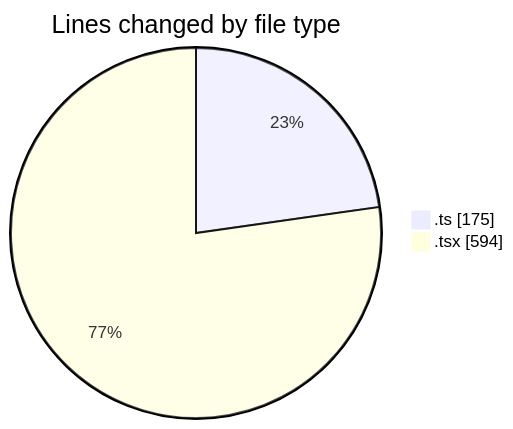
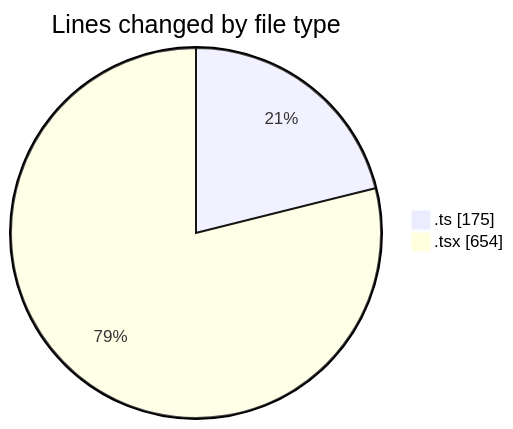
One commit to momahboobian/code-tracking changed the first of 2 diagrams in 2025-12-02/cda/README.md. Above: the diagram before and after it, drawn with Mermaid. The commit also changed other lines of this file and 1 other file, not shown here.

````diff
--- a/2025-12-02/cda/README.md
+++ b/2025-12-02/cda/README.md
@@ -23,6 +23,6 @@
 ```mermaid
 pie showData
 title Lines changed by file type
 ".ts" : 175
-".tsx" : 594
+".tsx" : 654
 ```
````
